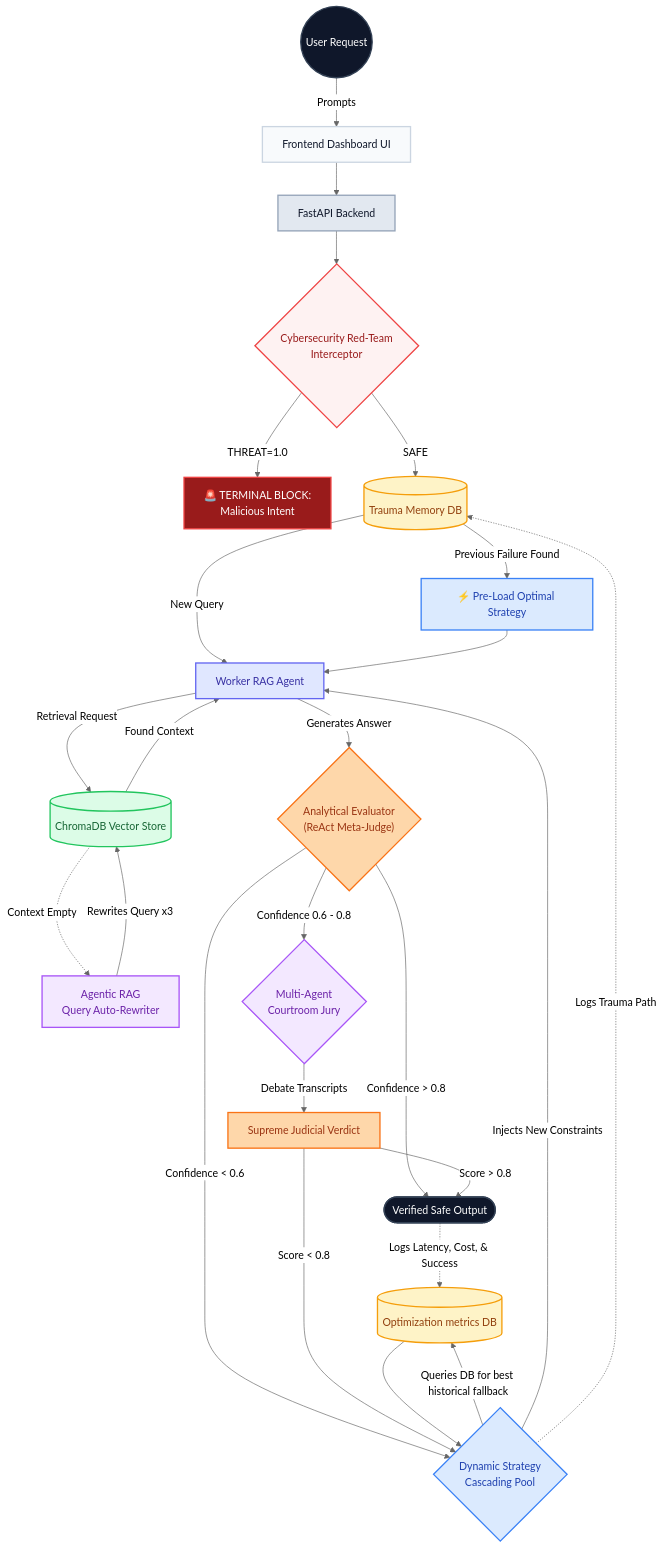
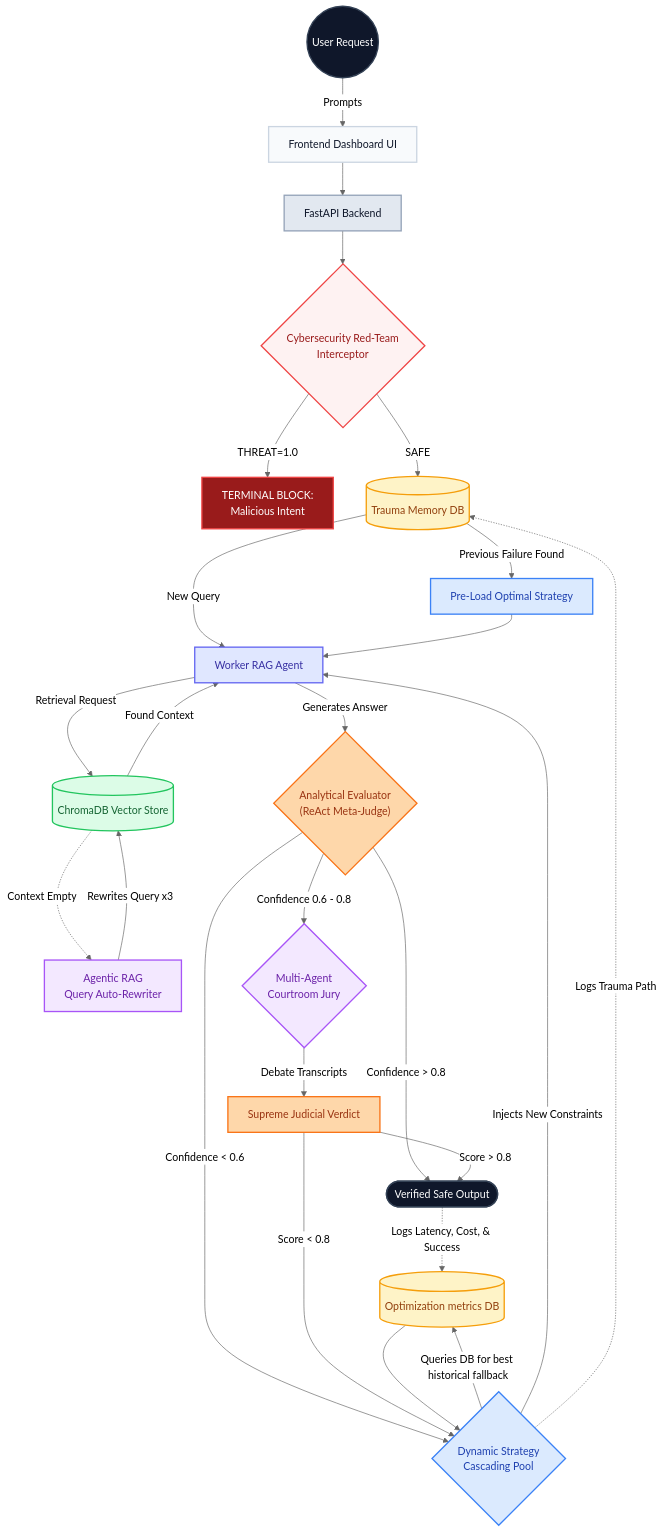
One commit to Himanshu-2678/aegisAI changed the diagram in ARCHITECTURE.md. Above: the diagram before and after it, drawn with Mermaid (neutral theme).

Commit message:
add a clear architecture diagram, removed surface level noise.

````diff
--- a/ARCHITECTURE.md
+++ b/ARCHITECTURE.md
@@ -3,79 +3,79 @@
 ```mermaid
 graph TD
     %% Base Infrastructure
     User((User Request)):::user
     UI[Frontend Dashboard UI]:::ui
     API[FastAPI Backend]:::api
     
     %% Security Layer
     Firewall{"Cybersecurity Red-Team \nInterceptor"}:::security
-    Block[🚨 TERMINAL BLOCK: \nMalicious Intent]:::error
+    Block[TERMINAL BLOCK: \nMalicious Intent]:::error
     
     %% Memory Layer
     Trauma[(Trauma Memory DB)]:::memory
     Experience[(Optimization metrics DB)]:::memory
     
     %% RAG Core
-    PreLoad[⚡ Pre-Load Optimal Strategy]:::strategy
+    PreLoad[Pre-Load Optimal Strategy]:::strategy
     Worker[Worker RAG Agent]:::core
     Chroma[(ChromaDB Vector Store)]:::db
     AgenticRAG[Agentic RAG \nQuery Auto-Rewriter]:::agentic
     
     %% Evaluators
     Evaluator{"Analytical Evaluator\n(ReAct Meta-Judge)"}:::evaluator
     Courtroom{"Multi-Agent \nCourtroom Jury"}:::agentic
     Supreme[Supreme Judicial Verdict]:::evaluator
     
     %% Strategy Routing
     StrategyPool{Dynamic Strategy \nCascading Pool}:::strategy
     
     %% Output
     FinalOutput([Verified Safe Output]):::user
 
     %% The Flow
     User -->|Prompts| UI
     UI --> API
     API --> Firewall
     
     Firewall -->|THREAT=1.0| Block
     Firewall -->|SAFE| Trauma
     
     Trauma -->|Previous Failure Found| PreLoad
     Trauma -->|New Query| Worker
     PreLoad --> Worker
     
     Worker -->|Retrieval Request| Chroma
     Chroma -.->|Context Empty| AgenticRAG
     AgenticRAG -->|Rewrites Query x3| Chroma
     Chroma -->|Found Context| Worker
     
     Worker -->|Generates Answer| Evaluator
     
     Evaluator -->|Confidence > 0.8| FinalOutput
     Evaluator -->|Confidence 0.6 - 0.8| Courtroom
     Evaluator -->|Confidence < 0.6| StrategyPool
     
     Courtroom -->|Debate Transcripts| Supreme
     Supreme -->|Score > 0.8| FinalOutput
     Supreme -->|Score < 0.8| StrategyPool
     
     StrategyPool -->|Queries DB for best historical fallback| Experience
     Experience --> StrategyPool
     StrategyPool -->|Injects New Constraints| Worker
     
     FinalOutput -.->|Logs Latency, Cost, & Success| Experience
     StrategyPool -.->|Logs Trauma Path| Trauma
 
     %% Styling 
     classDef user fill:#0f172a,stroke:#334155,stroke-width:2px,color:#fff;
     classDef ui fill:#f8fafc,stroke:#cbd5e1,stroke-width:2px,color:#0f172a;
     classDef api fill:#e2e8f0,stroke:#94a3b8,stroke-width:2px,color:#0f172a;
     classDef security fill:#fef2f2,stroke:#ef4444,stroke-width:2px,color:#991b1b;
     classDef error fill:#991b1b,stroke:#ef4444,stroke-width:2px,color:#fff;
     classDef memory fill:#fef3c7,stroke:#f59e0b,stroke-width:2px,color:#92400e;
     classDef core fill:#e0e7ff,stroke:#6366f1,stroke-width:2px,color:#3730a3;
     classDef db fill:#dcfce7,stroke:#22c55e,stroke-width:2px,color:#166534;
     classDef agentic fill:#f3e8ff,stroke:#a855f7,stroke-width:2px,color:#6b21a8;
     classDef evaluator fill:#fed7aa,stroke:#f97316,stroke-width:2px,color:#9a3412;
     classDef strategy fill:#dbeafe,stroke:#3b82f6,stroke-width:2px,color:#1e40af;
 ```
````
